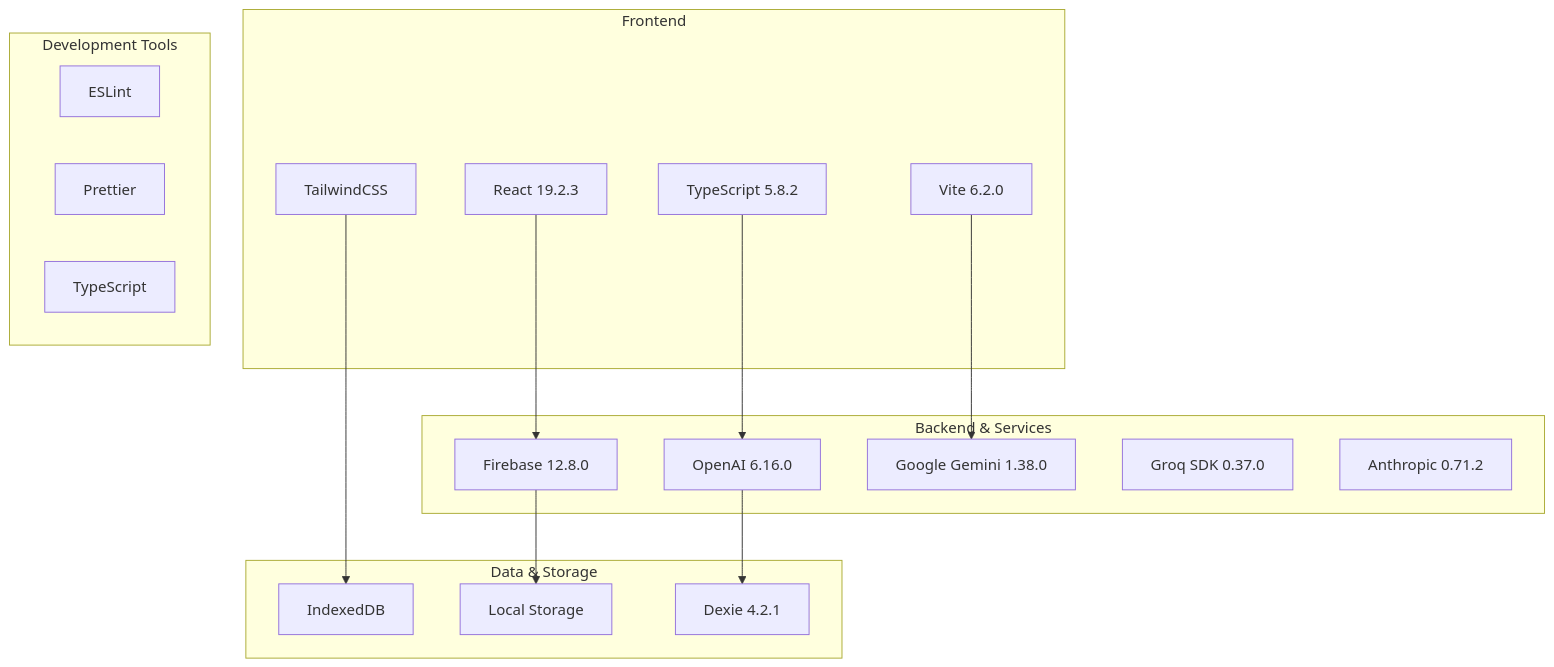
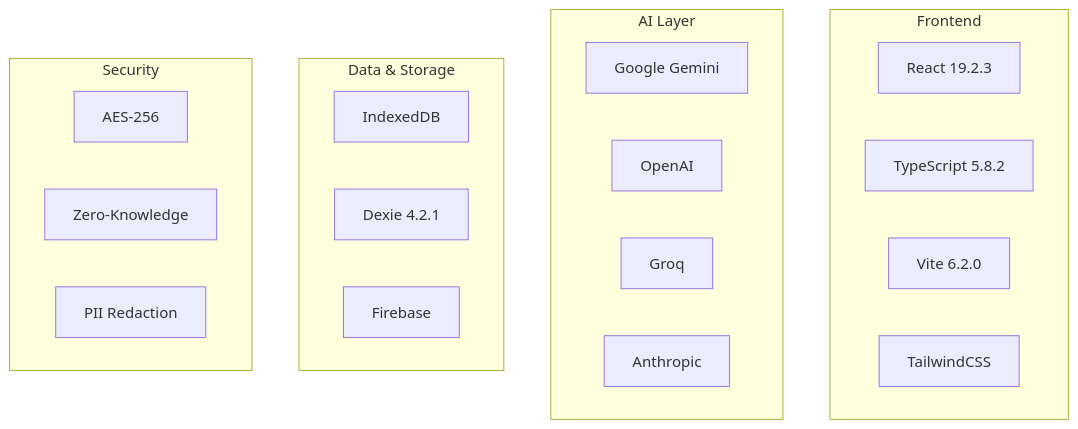
The third of 3 diagrams in README.md (Iceman-Dann/Medly), drawn with Mermaid before and after one commit. The commit also changed other lines of this file, not shown here.

````diff
--- a/README.md
+++ b/README.md
@@ -259,36 +117,25 @@
 ```mermaid
 graph TB
     subgraph "Frontend"
         A[React 19.2.3]
         B[TypeScript 5.8.2]
         C[Vite 6.2.0]
         D[TailwindCSS]
     end
-    
-    subgraph "Backend & Services"
-        E[Firebase 12.8.0]
-        F[OpenAI 6.16.0]
-        G[Google Gemini 1.38.0]
-        G2[Groq SDK 0.37.0]
-        G3[Anthropic 0.71.2]
+    subgraph "AI Layer"
+        E[Google Gemini]
+        F[OpenAI]
+        G[Groq]
+        H[Anthropic]
     end
-    
     subgraph "Data & Storage"
-        H[IndexedDB]
-        I[Local Storage]
+        I[IndexedDB]
         J[Dexie 4.2.1]
+        K[Firebase]
     end
-    
-    subgraph "Development Tools"
-        K[ESLint]
-        L[Prettier]
-        M[TypeScript]
+    subgraph "Security"
+        L[AES-256]
+        M[Zero-Knowledge]
+        N[PII Redaction]
     end
-    
-    A --> E
-    B --> F
-    C --> G
-    D --> H
-    E --> I
-    F --> J
 ```
````
